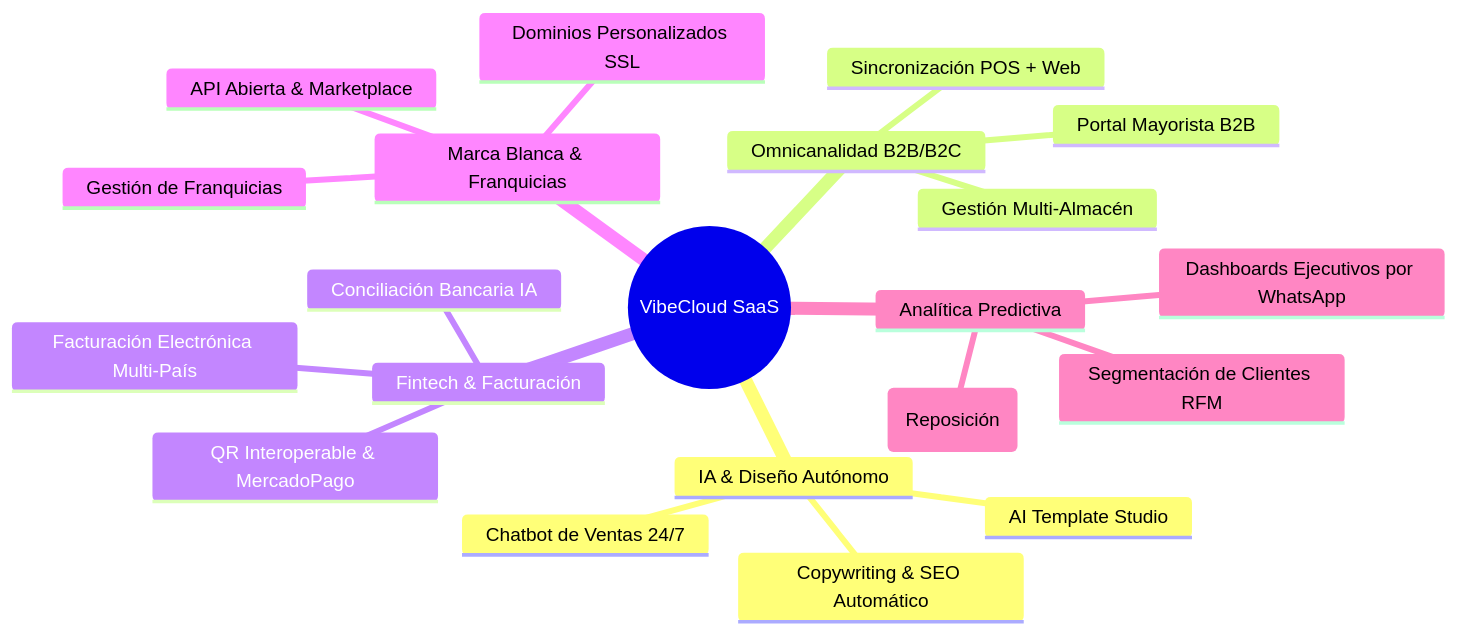
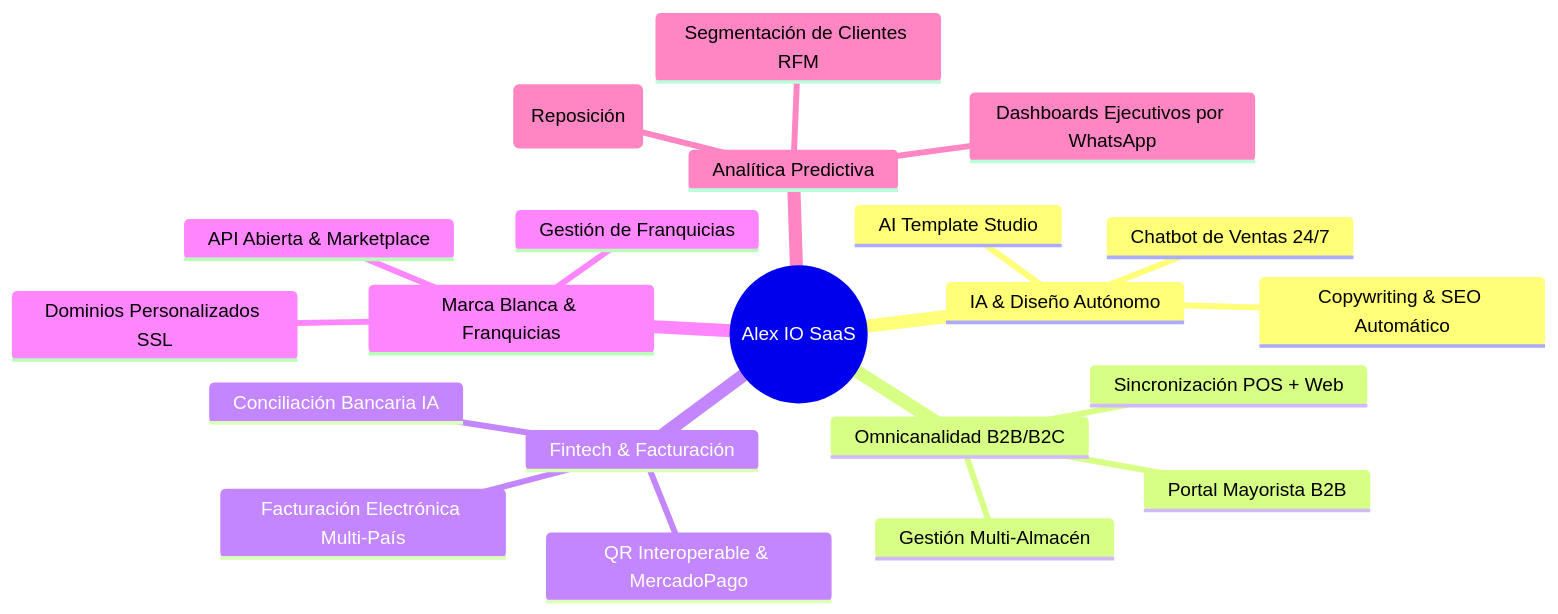
The diagram in FUTURE_EXPANSION_ROADMAP.md (vibecloudonline-gif/vibecloude), drawn with Mermaid before and after one commit. The commit also changed other lines of this file and 98 other files, not shown here.

First line of the commit message:
Rebrand completo: VibeCloud → Alex IO

````diff
--- a/FUTURE_EXPANSION_ROADMAP.md
+++ b/FUTURE_EXPANSION_ROADMAP.md
@@ -10,24 +10,24 @@
 ```mermaid
 mindmap
-  root((VibeCloud SaaS))
+  root((Alex IO SaaS))
     IA & Diseño Autónomo
       AI Template Studio
       Copywriting & SEO Automático
       Chatbot de Ventas 24/7
     Omnicanalidad B2B/B2C
       Sincronización POS + Web
       Portal Mayorista B2B
       Gestión Multi-Almacén
     Fintech & Facturación
       QR Interoperable & MercadoPago
       Facturación Electrónica Multi-País
       Conciliación Bancaria IA
     Marca Blanca & Franquicias
       Dominios Personalizados SSL
       Gestión de Franquicias
       API Abierta & Marketplace
     Analítica Predictiva
       Predicción de Stock (Reposición)
       Segmentación de Clientes RFM
       Dashboards Ejecutivos por WhatsApp
 ```
````
